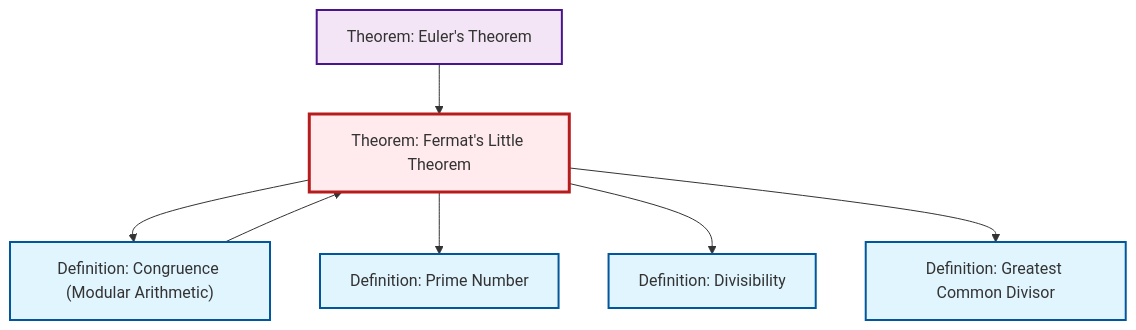
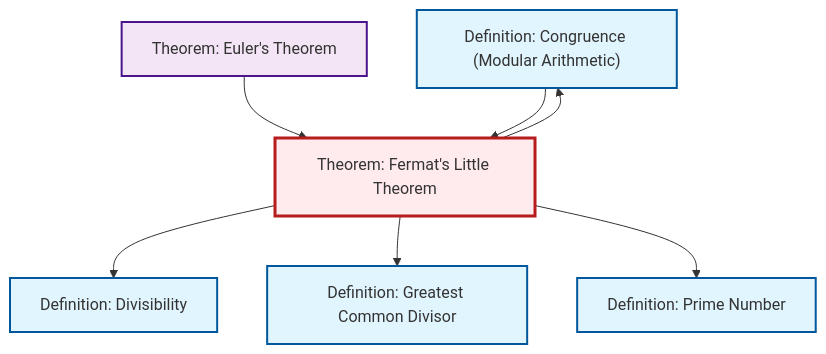
Before and after one commit to RK0429/ModernMath: the diagram in content/ja/number-theory/thm-fermat-little.qmd, drawn with Mermaid. The commit also changed other lines of this file and 581 other files, not shown here.

````diff
--- a/content/ja/number-theory/thm-fermat-little.qmd
+++ b/content/ja/number-theory/thm-fermat-little.qmd
@@ -90,27 +91,27 @@
 ```{mermaid}
 %%| fig-cap: "Local dependency graph"
 graph TD
     classDef definition fill:#e1f5fe,stroke:#01579b,stroke-width:2px
     classDef theorem fill:#f3e5f5,stroke:#4a148c,stroke-width:2px
     classDef axiom fill:#fff3e0,stroke:#e65100,stroke-width:2px
     classDef example fill:#e8f5e9,stroke:#1b5e20,stroke-width:2px
     classDef current fill:#ffebee,stroke:#b71c1c,stroke-width:3px
+    def-divisibility["Definition: Divisibility"]:::definition
     def-prime["Definition: Prime Number"]:::definition
-    def-divisibility["Definition: Divisibility"]:::definition
+    def-congruence["Definition: Congruence (Modular Arithmetic)"]:::definition
     thm-euler["Theorem: Euler's Theorem"]:::theorem
+    def-gcd["Definition: Greatest Common Divisor"]:::definition
     thm-fermat-little["Theorem: Fermat's Little Theorem"]:::theorem
-    def-congruence["Definition: Congruence (Modular Arithmetic)"]:::definition
-    def-gcd["Definition: Greatest Common Divisor"]:::definition
     thm-fermat-little --> def-congruence
+    thm-euler --> thm-fermat-little
+    thm-fermat-little --> def-divisibility
+    thm-fermat-little --> def-gcd
     thm-fermat-little --> def-prime
-    thm-fermat-little --> def-divisibility
-    thm-euler --> thm-fermat-little
     def-congruence --> thm-fermat-little
-    thm-fermat-little --> def-gcd
     class thm-fermat-little current
+    click def-divisibility "def-divisibility.html" "Definition: Divisibilityへ"
     click def-prime "def-prime.html" "Definition: Prime Numberへ"
-    click def-divisibility "def-divisibility.html" "Definition: Divisibilityへ"
+    click def-congruence "def-congruence.html" "Definition: Congruence (Modular Arithmetic)へ"
     click thm-euler "thm-euler.html" "Theorem: Euler's Theoremへ"
-    click def-congruence "def-congruence.html" "Definition: Congruence (Modular Arithmetic)へ"
     click def-gcd "def-gcd.html" "Definition: Greatest Common Divisorへ"
 ```
````
